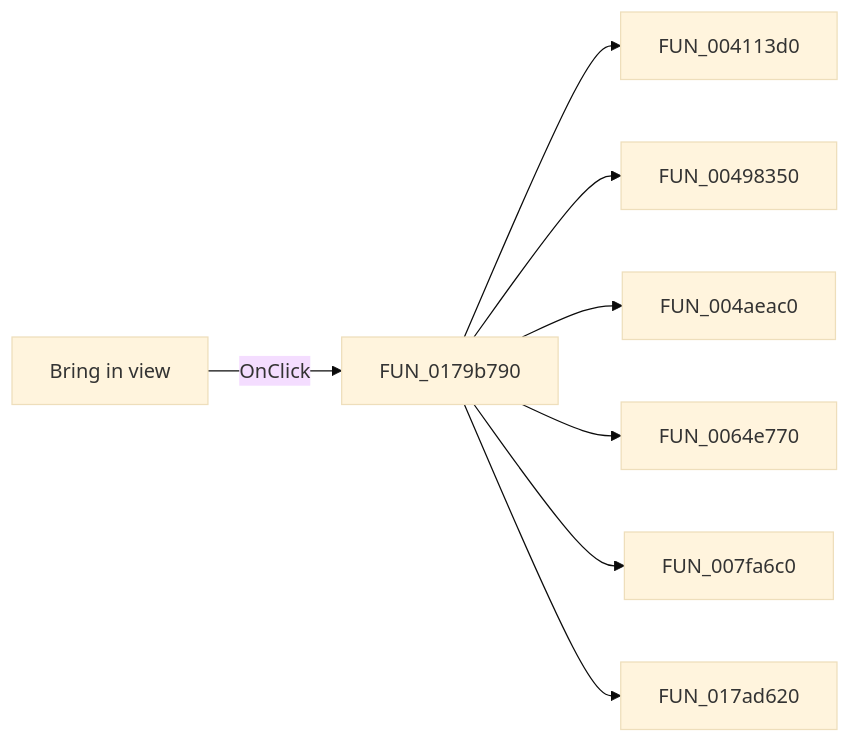
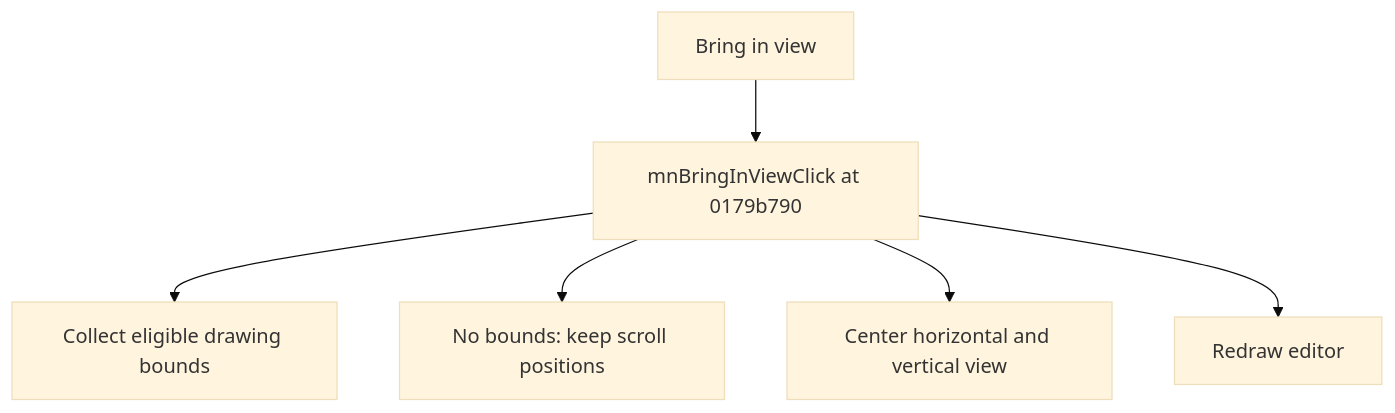
The diagram in docs/ui-controls/shapeedit/sbbringinview-efc41377f8.md (MovGP0/TIARA), drawn with Mermaid (base theme) before and after one commit. The commit also changed other lines of this file and 1062 other files, not shown here.

````diff
--- a/docs/ui-controls/shapeedit/sbbringinview-efc41377f8.md
+++ b/docs/ui-controls/shapeedit/sbbringinview-efc41377f8.md
@@ -27,10 +27,8 @@
 ```mermaid
-flowchart LR
-    control["Bring in view"] -->|OnClick| handler["FUN_0179b790"]
-    handler --> call1["FUN_004113d0"]
-    handler --> call2["FUN_00498350"]
-    handler --> call3["FUN_004aeac0"]
-    handler --> call4["FUN_0064e770"]
-    handler --> call5["FUN_007fa6c0"]
-    handler --> call6["FUN_017ad620"]
+flowchart TD
+    control["Bring in view"] --> handler["mnBringInViewClick at 0179b790"]
+    handler --> step1["Collect eligible drawing bounds"]
+    handler --> step2["No bounds: keep scroll positions"]
+    handler --> step3["Center horizontal and vertical view"]
+    handler --> step4["Redraw editor"]
 ```
````
